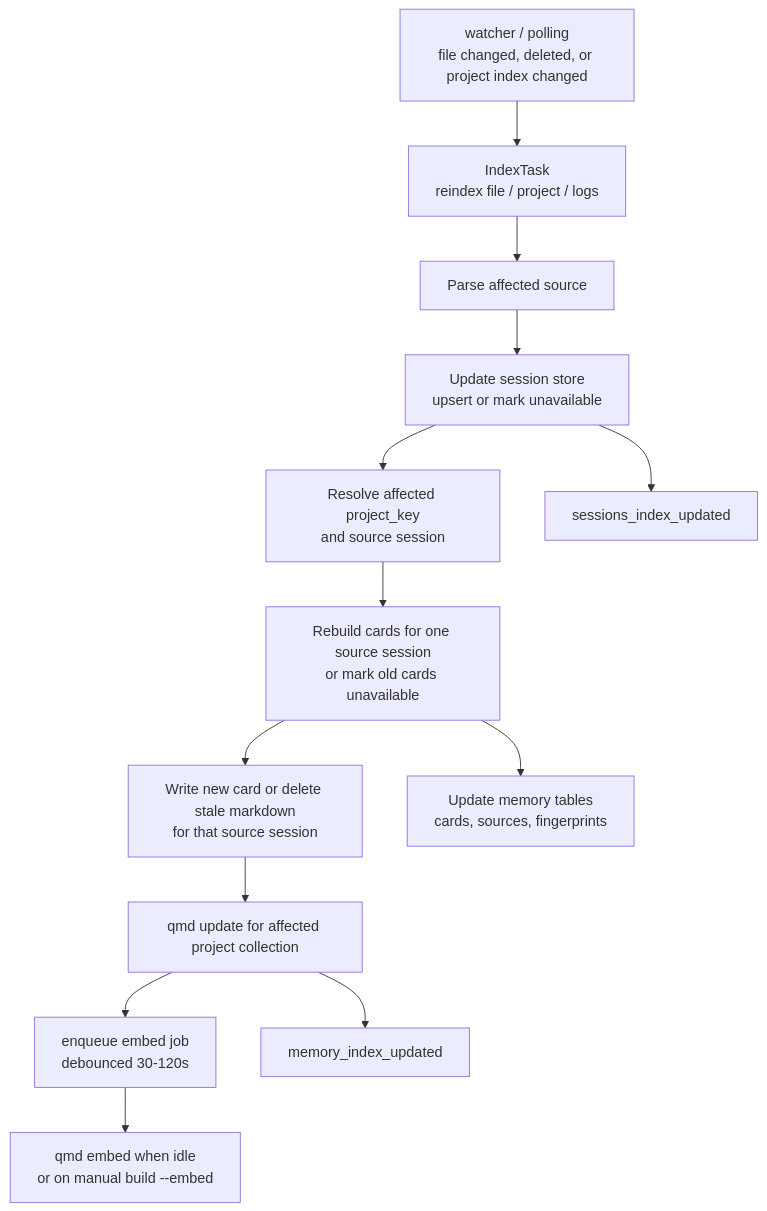
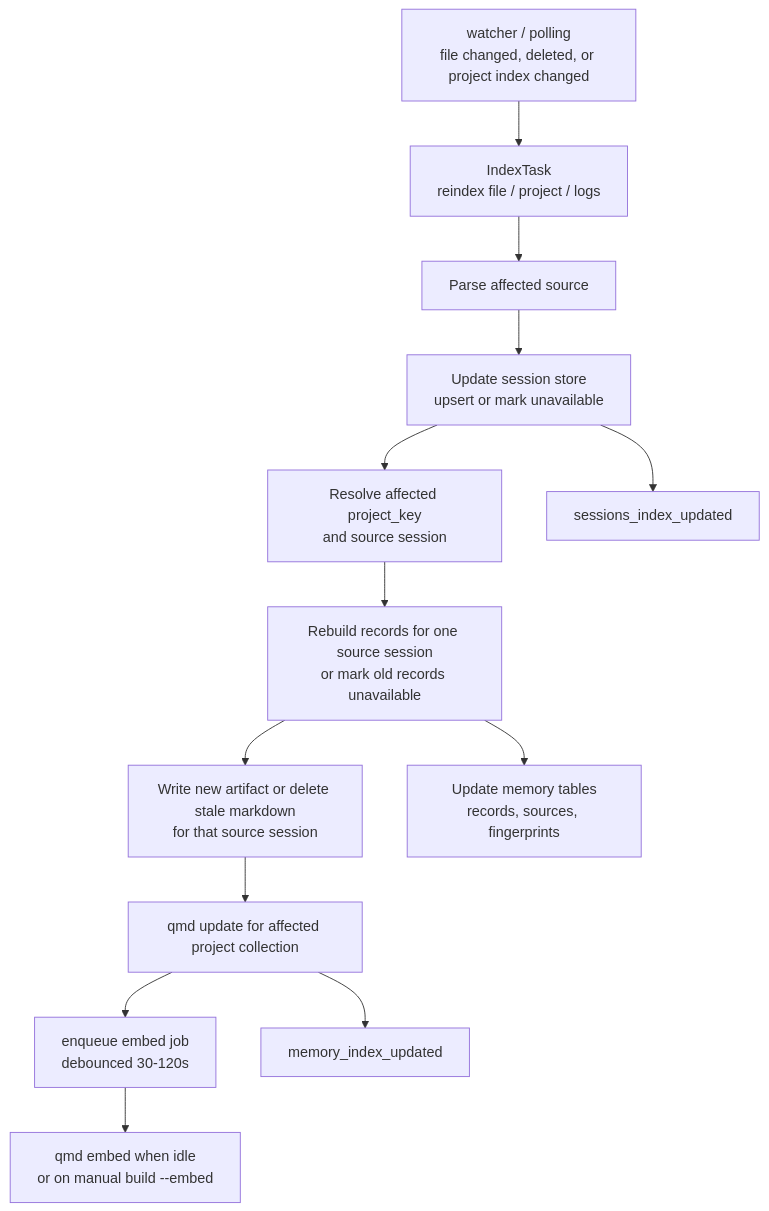
Before and after one commit to LarchLiu/sessio: the second of 3 diagrams in docs/sessio-cli-qmd-memory-plan.md, drawn with Mermaid. The commit also changed other lines of this file and 15 other files, not shown here.

First line of the commit message:
refactor: consolidate record schema and naming

````diff
--- a/docs/sessio-cli-qmd-memory-plan.md
+++ b/docs/sessio-cli-qmd-memory-plan.md
@@ -356,18 +357,18 @@
 ```mermaid
 flowchart TD
     Watch["watcher / polling<br/>file changed, deleted, or project index changed"] --> Task["IndexTask<br/>reindex file / project / logs"]
     Task --> Parse["Parse affected source"]
     Parse --> StoreUpdate["Update session store<br/>upsert or mark unavailable"]
     StoreUpdate --> Affected["Resolve affected project_key<br/>and source session"]
 
-    Affected --> RebuildCards["Rebuild cards for one source session<br/>or mark old cards unavailable"]
-    RebuildCards --> WriteCards["Write new card or delete stale markdown<br/>for that source session"]
-    RebuildCards --> UpdateMemoryTables["Update memory tables<br/>cards, sources, fingerprints"]
+    Affected --> RebuildRecords["Rebuild records for one source session<br/>or mark old records unavailable"]
+    RebuildRecords --> WriteRecords["Write new artifact or delete stale markdown<br/>for that source session"]
+    RebuildRecords --> UpdateMemoryTables["Update memory tables<br/>records, sources, fingerprints"]
 
-    WriteCards --> QmdUpdate["qmd update for affected project collection"]
+    WriteRecords --> QmdUpdate["qmd update for affected project collection"]
     QmdUpdate --> EmbedQueue["enqueue embed job<br/>debounced 30-120s"]
     EmbedQueue --> QmdEmbed["qmd embed when idle<br/>or on manual build --embed"]
 
     StoreUpdate --> UiEvent["sessions_index_updated"]
     QmdUpdate --> MemoryEvent["memory_index_updated"]
 ```
````
